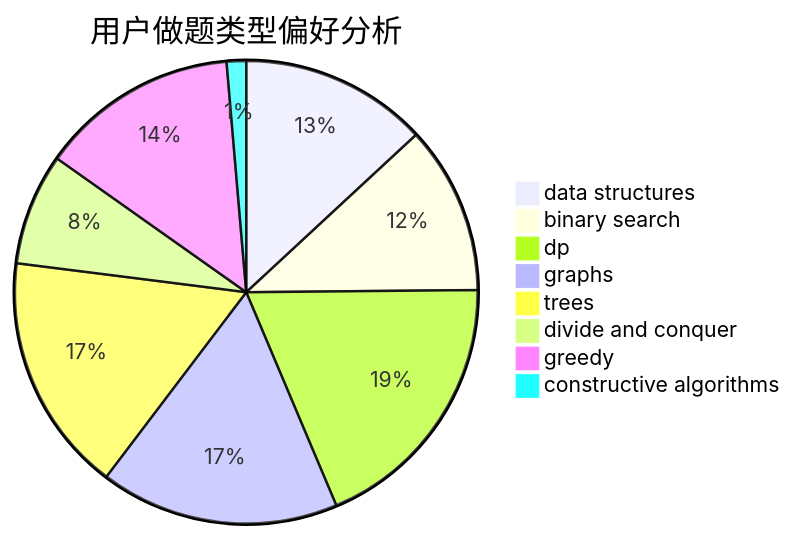
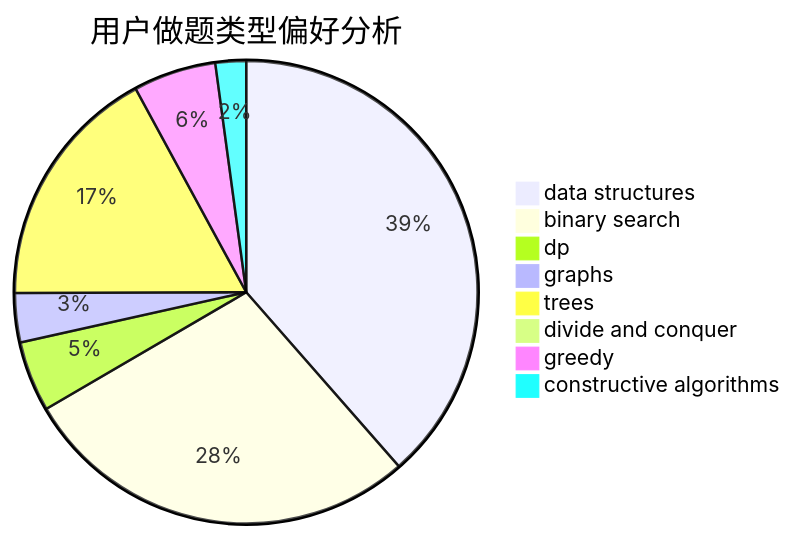
Before and after one commit to sherpahu/cfrs.github.io: the second of 3 diagrams in docs/user/u1044.md, drawn with Mermaid. The commit also changed other lines of this file and 2770 other files, not shown here.

````diff
--- a/docs/user/u1044.md
+++ b/docs/user/u1044.md
@@ -23,11 +23,11 @@
 ```mermaid
 pie title 用户做题类型偏好分析
-    "data structures" :  106
-    "binary search" :  95
-    "dp" :  152
-    "graphs" :  135
-    "trees" :  135
-    "divide and conquer" :  63
-    "greedy" :  112
-    "constructive algorithms" :  11
+    "data structures" :  180
+    "binary search" :  131
+    "dp" :  23
+    "graphs" :  16
+    "trees" :  80
+    "divide and conquer" :  0
+    "greedy" :  27
+    "constructive algorithms" :  10
 ```
````
